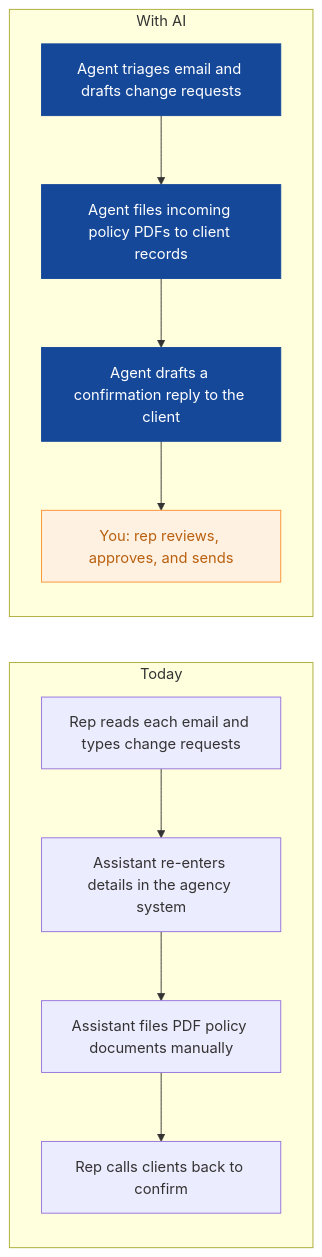
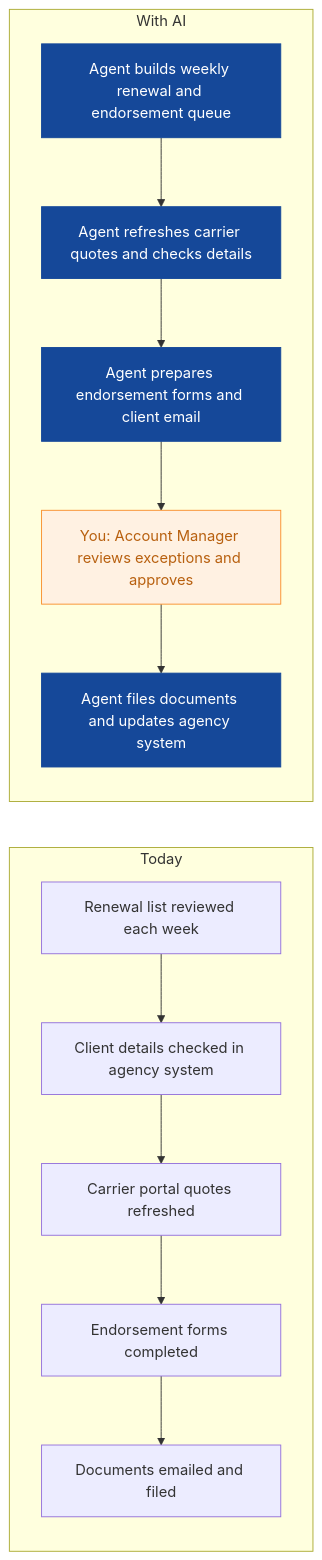
The fifth of 9 diagrams in strategies/clearpath-insurance-brokers.md (nexibeo/Complete-AI-Strategy), drawn with Mermaid before and after one commit. The commit also changed other lines of this file and 26 other files, not shown here.

````diff
--- a/strategies/clearpath-insurance-brokers.md
+++ b/strategies/clearpath-insurance-brokers.md
@@ -160,21 +169,23 @@
 ```mermaid
 flowchart LR
   subgraph Today
-    B0["Rep reads each email and types change requests"]
-    B1["Assistant re-enters details in the agency system"]
-    B2["Assistant files PDF policy documents manually"]
-    B3["Rep calls clients back to confirm"]
-    B0 --> B1 --> B2 --> B3
+    B0["Renewal list reviewed each week"]
+    B1["Client details checked in agency system"]
+    B2["Carrier portal quotes refreshed"]
+    B3["Endorsement forms completed"]
+    B4["Documents emailed and filed"]
+    B0 --> B1 --> B2 --> B3 --> B4
   end
   subgraph WithAI[With AI]
-    A0["Agent triages email and drafts change requests"]
-    A1["Agent files incoming policy PDFs to client records"]
-    A2["Agent drafts a confirmation reply to the client"]
-    A3["You: rep reviews, approves, and sends"]
-    A0 --> A1 --> A2 --> A3
+    A0["Agent builds weekly renewal and endorsement queue"]
+    A1["Agent refreshes carrier quotes and checks details"]
+    A2["Agent prepares endorsement forms and client email"]
+    A3["You: Account Manager reviews exceptions and approves"]
+    A4["Agent files documents and updates agency system"]
+    A0 --> A1 --> A2 --> A3 --> A4
   end
   classDef ai fill:#154899,color:#fff,stroke:#154899
   classDef human fill:#FFF1E2,color:#B8600F,stroke:#F98F2C
-  class A0,A1,A2 ai
+  class A0,A1,A2,A4 ai
   class A3 human
 ```
````
